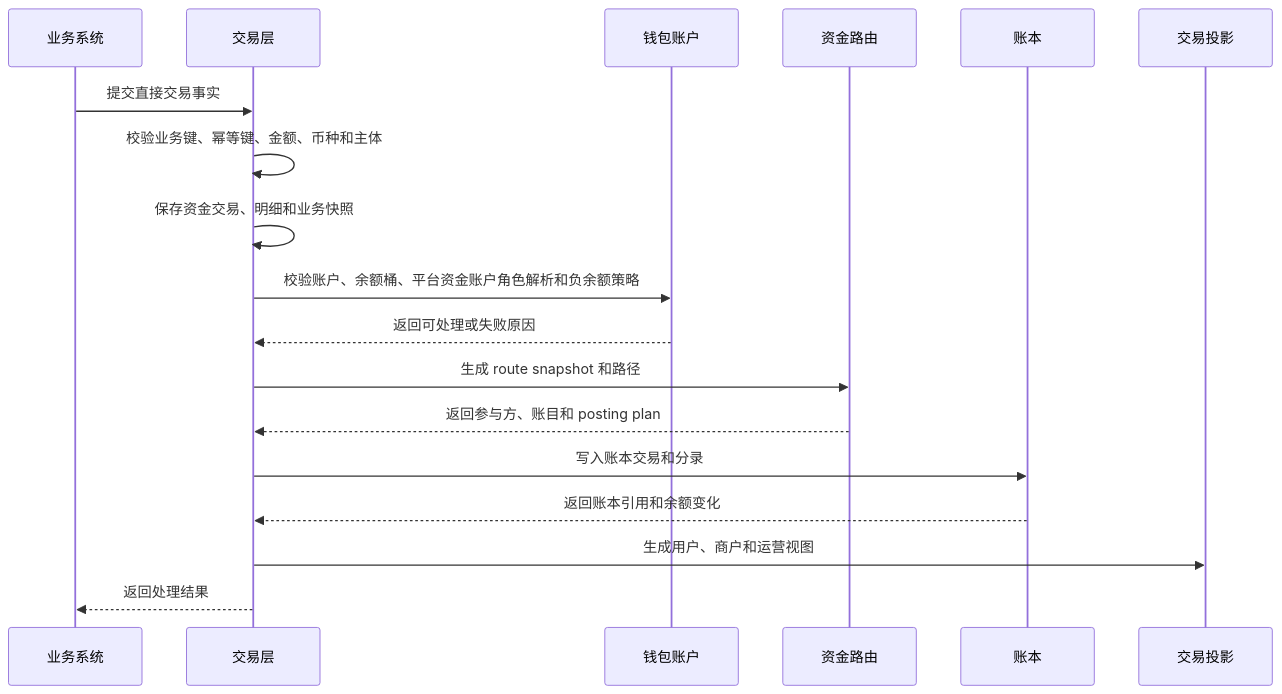
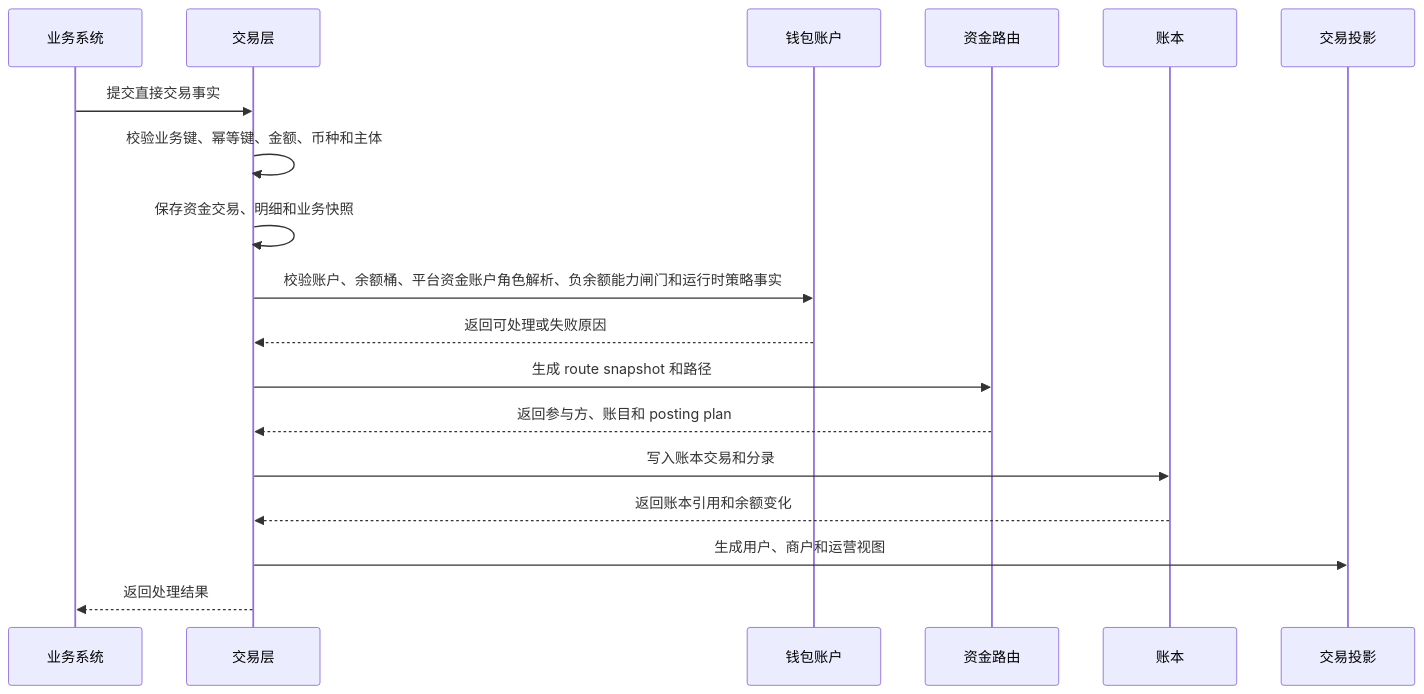
One commit to fengwuxp/wind-funds changed the third of 22 diagrams in docs/产品设计/02-交易路由钱包账目与投影.md. Above: the diagram before and after it, drawn with Mermaid. The commit also changed other lines of this file and 46 other files, not shown here.

````diff
--- a/docs/产品设计/02-交易路由钱包账目与投影.md
+++ b/docs/产品设计/02-交易路由钱包账目与投影.md
@@ -266,21 +266,21 @@
 ```mermaid
 sequenceDiagram
     participant Biz as 业务系统
     participant Tx as 交易层
     participant Wallet as 钱包账户
     participant Route as 资金路由
     participant Ledger as 账本
     participant View as 交易投影
 
     Biz->>Tx: 提交直接交易事实
     Tx->>Tx: 校验业务键、幂等键、金额、币种和主体
     Tx->>Tx: 保存资金交易、明细和业务快照
-    Tx->>Wallet: 校验账户、余额桶、平台资金账户角色解析和负余额策略
+    Tx->>Wallet: 校验账户、余额桶、平台资金账户角色解析、负余额能力闸门和运行时策略事实
     Wallet-->>Tx: 返回可处理或失败原因
     Tx->>Route: 生成 route snapshot 和路径
     Route-->>Tx: 返回参与方、账目和 posting plan
     Tx->>Ledger: 写入账本交易和分录
     Ledger-->>Tx: 返回账本引用和余额变化
     Tx->>View: 生成用户、商户和运营视图
     Tx-->>Biz: 返回处理结果
 ```
````
